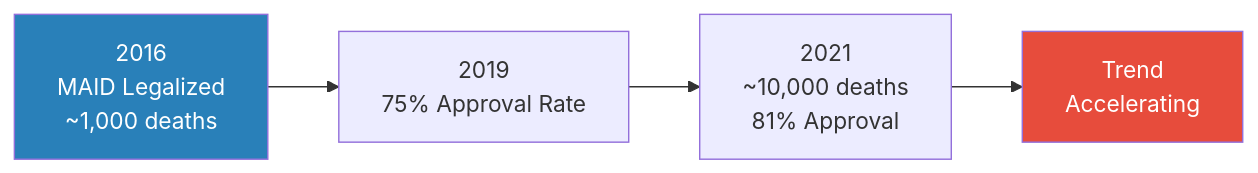
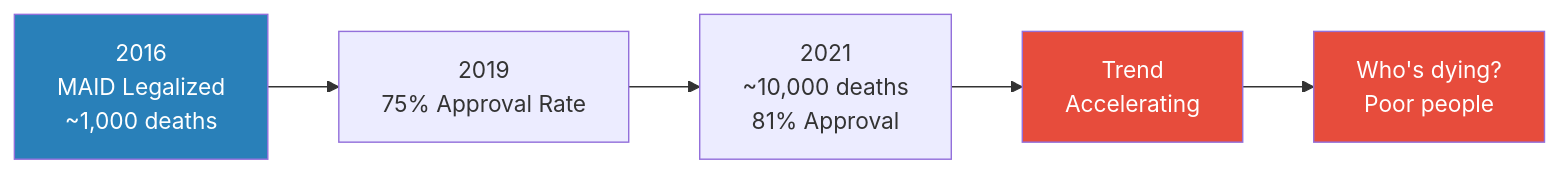
Before and after one commit to alius33/reader: the fifth of 12 diagrams in summaries/Lectures/Secret History/03 - Death by Gerontocracy.md, drawn with Mermaid. The commit also changed other lines of this file and 26 other files, not shown here.

````diff
--- a/summaries/Lectures/Secret History/03 - Death by Gerontocracy.md
+++ b/summaries/Lectures/Secret History/03 - Death by Gerontocracy.md
@@ -172,8 +237,10 @@
 ```mermaid
 flowchart LR
     A["2016<br/>MAID Legalized<br/>~1,000 deaths"] --> B["2019<br/>75% Approval Rate"]
     B --> C["2021<br/>~10,000 deaths<br/>81% Approval"]
     C --> D["Trend<br/>Accelerating"]
+    D --> E["Who's dying?<br/>Poor people"]
     style A fill:#2980b9,color:#fff
     style D fill:#e74c3c,color:#fff
+    style E fill:#e74c3c,color:#fff
 ```
````
